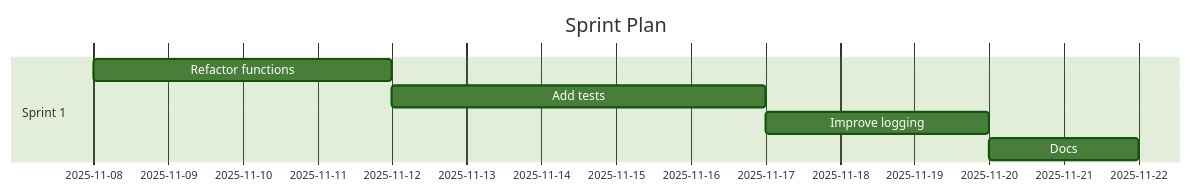
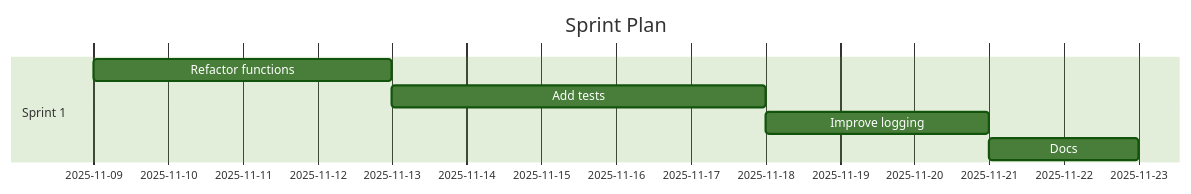
One commit to Anselmoo/mcp-ai-agent-guidelines changed the diagram in demos/demo-code-analysis.sprint.md. Above: the diagram before and after it, drawn with Mermaid (forest theme). The commit also changed other lines of this file and 18 other files, not shown here.

````diff
--- a/demos/demo-code-analysis.sprint.md
+++ b/demos/demo-code-analysis.sprint.md
@@ -59,11 +59,11 @@
 ```mermaid
 gantt
 	dateFormat  YYYY-MM-DD
 	title Sprint Plan
 %% Accessibility: Title=Project Sprint Plan; Description=Gantt chart of sprints and tasks over time. %%
   section Sprint 1
-  Refactor functions :s1t0, 2025-11-08, 4d
-  Add tests :s1t1, 2025-11-12, 5d
-  Improve logging :s1t2, 2025-11-17, 3d
-  Docs :s1t3, 2025-11-20, 2d
+  Refactor functions :s1t0, 2025-11-09, 4d
+  Add tests :s1t1, 2025-11-13, 5d
+  Improve logging :s1t2, 2025-11-18, 3d
+  Docs :s1t3, 2025-11-21, 2d
 ```
````
